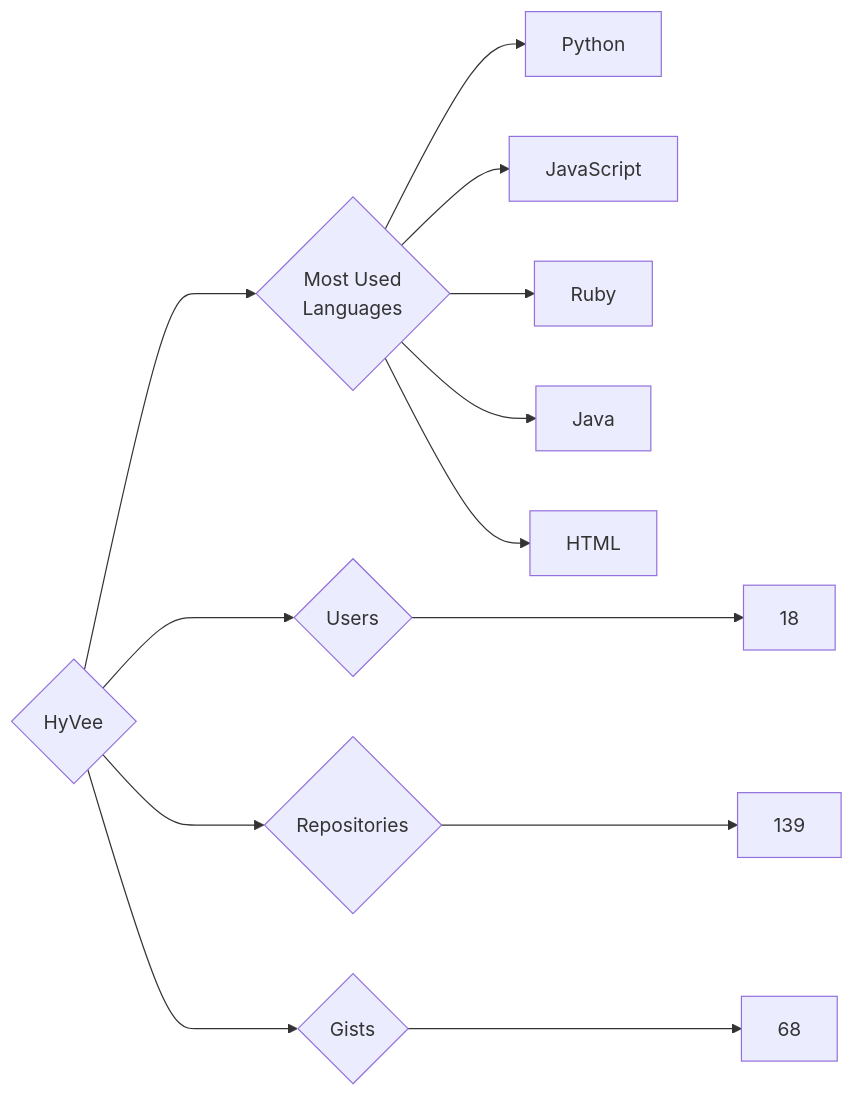
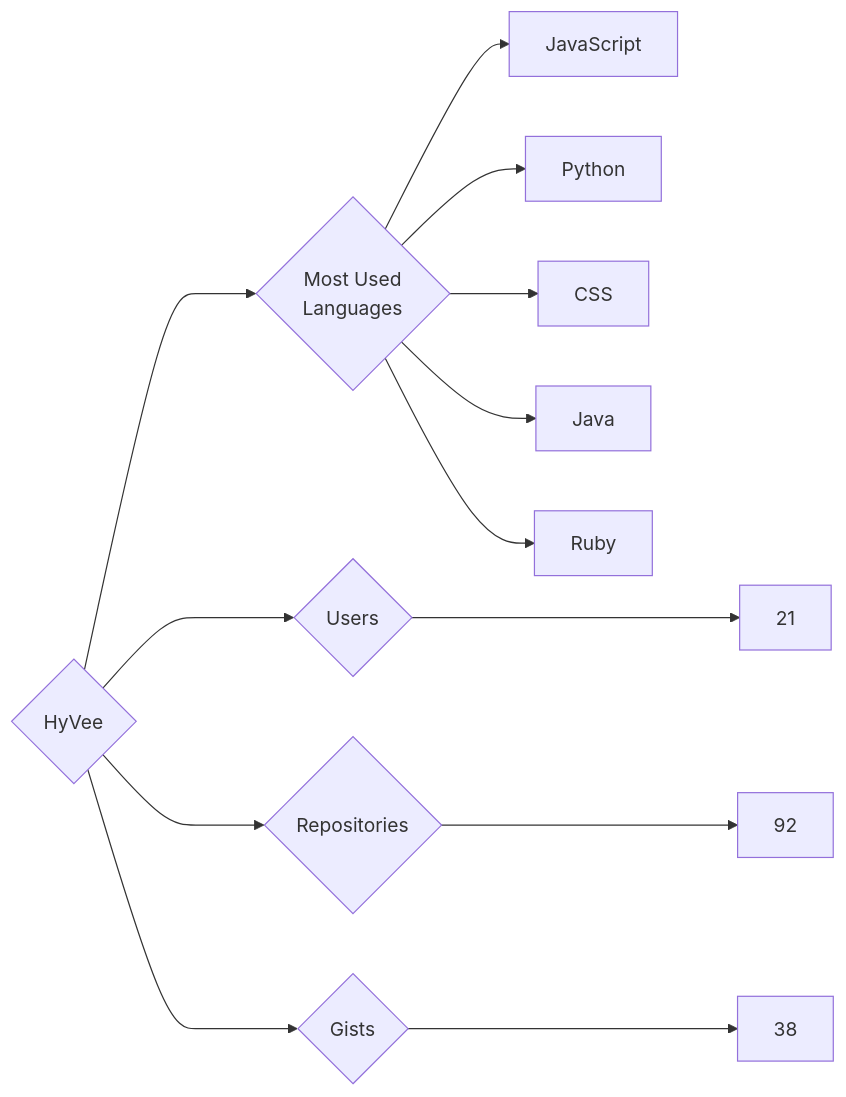
The diagram in targets/HyVee/README.md (trickest/insiders), drawn with Mermaid before and after one commit. The commit also changed 900 other files, not shown here.

````diff
--- a/targets/HyVee/README.md
+++ b/targets/HyVee/README.md
@@ -3,13 +3,13 @@
 ```mermaid
 graph LR
 COMPANY_NAME{HyVee}
-COMPANY_NAME ---> U{Users} ---> UN[18]
-COMPANY_NAME ---> R{Repositories} ---> RN[139]
-COMPANY_NAME ---> G{Gists} ---> GN[68]
+COMPANY_NAME ---> U{Users} ---> UN[21]
+COMPANY_NAME ---> R{Repositories} ---> RN[92]
+COMPANY_NAME ---> G{Gists} ---> GN[38]
 COMPANY_NAME ---> ML{Most Used<br>Languages}
+ML --> JavaScript[JavaScript]
 ML --> Python[Python]
-ML --> JavaScript[JavaScript]
+ML --> CSS[CSS]
+ML --> Java[Java]
 ML --> Ruby[Ruby]
-ML --> Java[Java]
-ML --> HTML[HTML]
 ```
````
